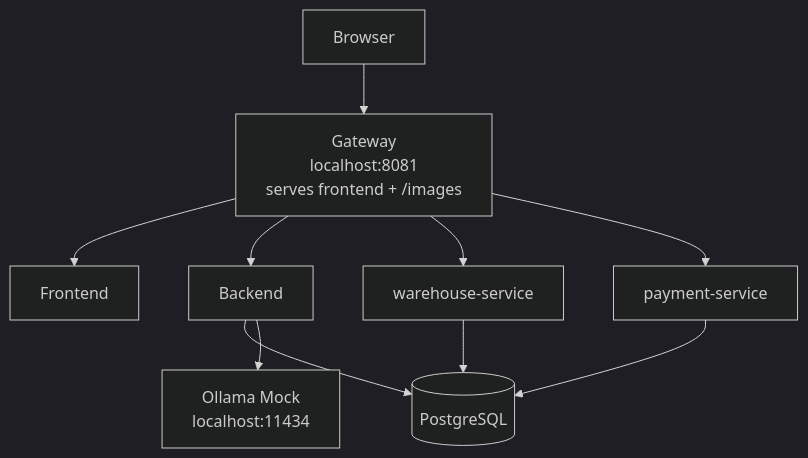
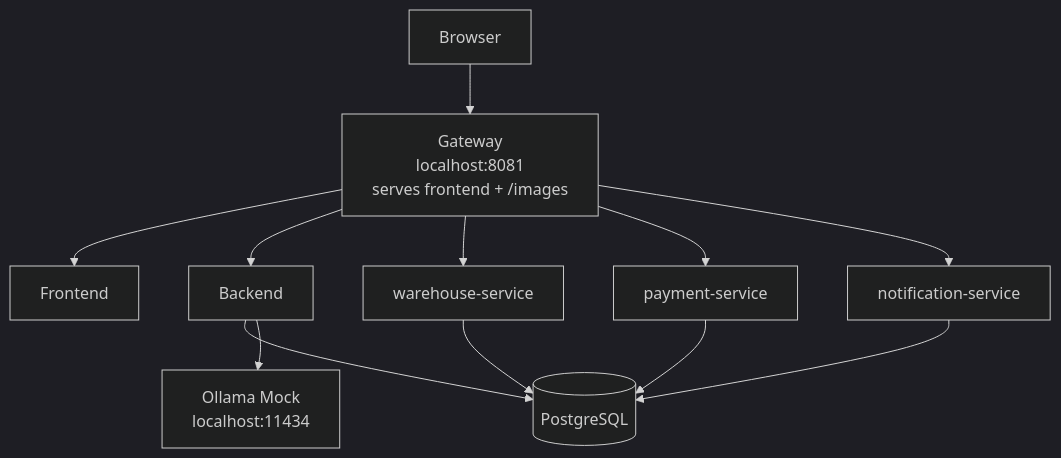
Before and after one commit to slawekradzyminski/awesome-localstack: the diagram in docs/STUDENT_GUIDE.md, drawn with Mermaid (dark theme). The commit also changed other lines of this file and 32 other files, not shown here.

First line of the commit message:
Document notification-service, reservations and split shipments

````diff
--- a/docs/STUDENT_GUIDE.md
+++ b/docs/STUDENT_GUIDE.md
@@ -44,12 +48,14 @@
 ```mermaid
 flowchart TB
     U[Browser] --> G[Gateway<br/>localhost:8081<br/>serves frontend + /images]
     G --> F[Frontend]
     G --> B[Backend]
     G --> W[warehouse-service]
     G --> PS[payment-service]
+    G --> NS[notification-service]
     B --> P[(PostgreSQL)]
     W --> P
     PS --> P
+    NS --> P
     B --> O[Ollama Mock<br/>localhost:11434]
 ```
````
